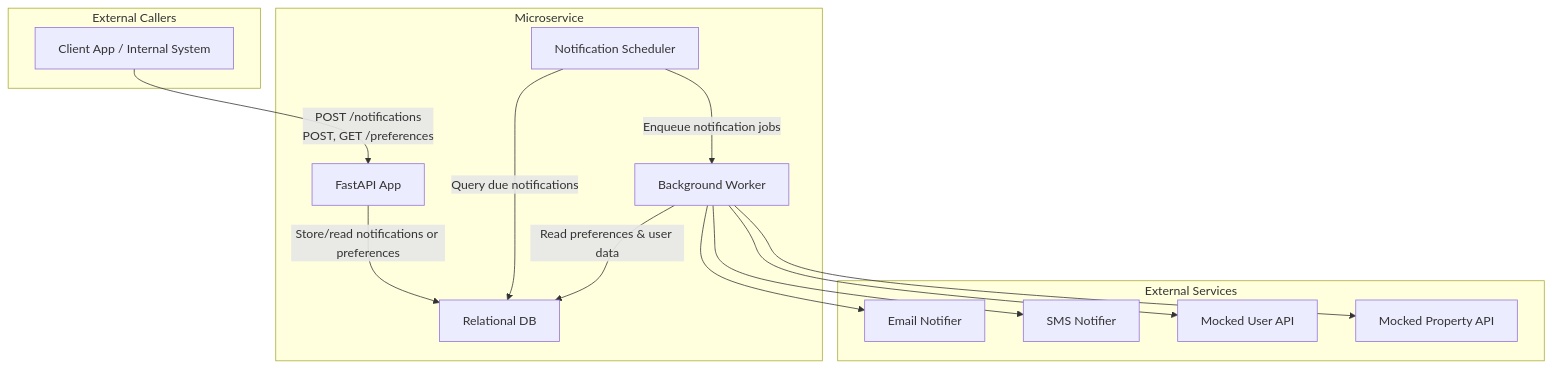
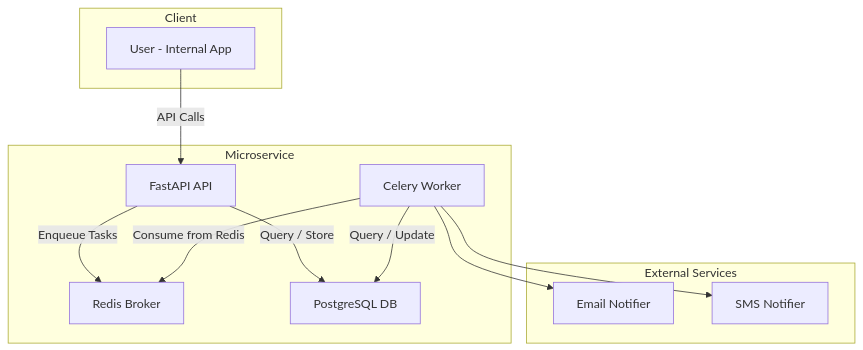
The diagram in README.md (FrenyCS/wd-challenge), drawn with Mermaid before and after one commit. The commit also changed other lines of this file and 4 other files, not shown here.

Commit message:
Enhance notification system with Notifier interface for email and SMS delivery

````diff
--- a/README.md
+++ b/README.md
@@ -11,37 +12,26 @@
 ```mermaid
 graph TD
-  subgraph External Callers
-    A[Client App / Internal System]
+  subgraph Client
+    A[User - Internal App]
   end
 
   subgraph Microservice
-    B[FastAPI App]
-    C[Notification Scheduler]
-    D[Relational DB]
-    W[Background Worker]
+    B[FastAPI API]
+    R[Redis Broker]
+    D[PostgreSQL DB]
+    C[Celery Worker]
   end
 
   subgraph External Services
     E1[Email Notifier]
     E2[SMS Notifier]
-    E3[Mocked User API]
-    E4[Mocked Property API]
   end
 
-  %% API Requests
-  A -->|POST /notifications<br>POST, GET /preferences| B
-
-  %% DB Interaction
-  B -->|Store/read notifications or preferences| D
-  C -->|Query due notifications| D
-  C -->|Enqueue notification jobs| W
-  W -->|Read preferences & user data| D
-
-  %% Notification Dispatch
-  W --> E1
-  W --> E2
-
-  %% Optional integrations
-  W --> E3
-  W --> E4
+  A -->|API Calls| B
+  B -->|Enqueue Tasks| R
+  C -->|Consume from Redis| R
+  B -->|Query / Store| D
+  C -->|Query / Update| D
+  C --> E1
+  C --> E2
 ```
````
